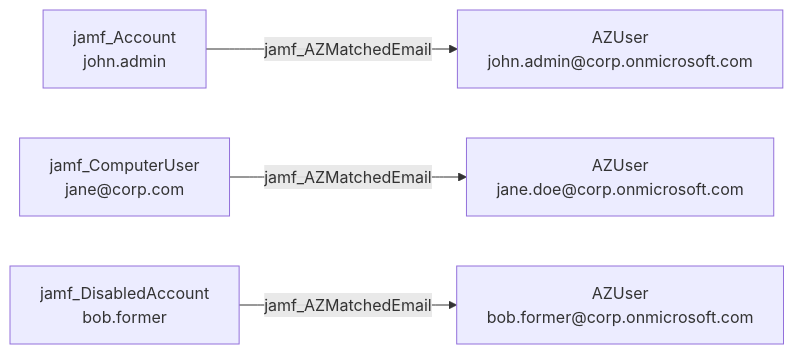
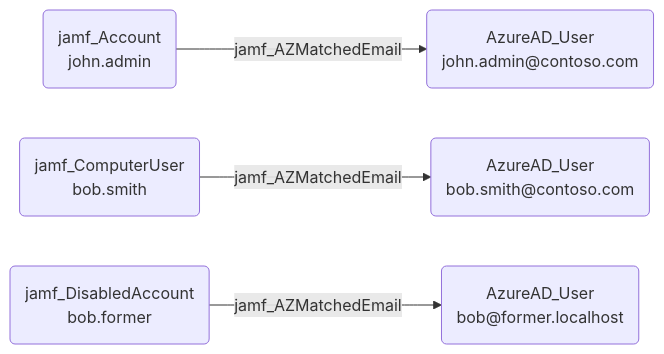
Before and after one commit to SpecterOps/bloodhound-docs: the diagram in docs/opengraph/extensions/jamfhound/reference/edges/jamf_azmatchedemail.mdx, drawn with Mermaid. The commit also changed other lines of this file and 33 other files, not shown here.

Commit message:
Updated documentation with revised mermaid diagrams

````diff
--- a/docs/opengraph/extensions/jamfhound/reference/edges/jamf_azmatchedemail.mdx
+++ b/docs/opengraph/extensions/jamfhound/reference/edges/jamf_azmatchedemail.mdx
@@ -18,6 +19,19 @@
 ```mermaid
 graph LR
-    A["jamf_Account\njohn.admin"] -->|jamf_AZMatchedEmail| B["AZUser\njohn.admin@corp.onmicrosoft.com"]
-    C["jamf_ComputerUser\njane@corp.com"] -->|jamf_AZMatchedEmail| D["AZUser\njane.doe@corp.onmicrosoft.com"]
-    E["jamf_DisabledAccount\nbob.former"] -->|jamf_AZMatchedEmail| F["AZUser\nbob.former@corp.onmicrosoft.com"]
+    A("jamf_Account
+john.admin")
+    B("AzureAD_User
+john.admin@contoso.com")
+    C("jamf_ComputerUser
+bob.smith")
+    D("AzureAD_User
+bob.smith@contoso.com")
+    E("jamf_DisabledAccount
+bob.former")           
+    F("AzureAD_User
+bob@former.localhost")
+    
+    A -- jamf_AZMatchedEmail --> B
+    C -- jamf_AZMatchedEmail --> D
+    E -- jamf_AZMatchedEmail --> F
 ```
````
